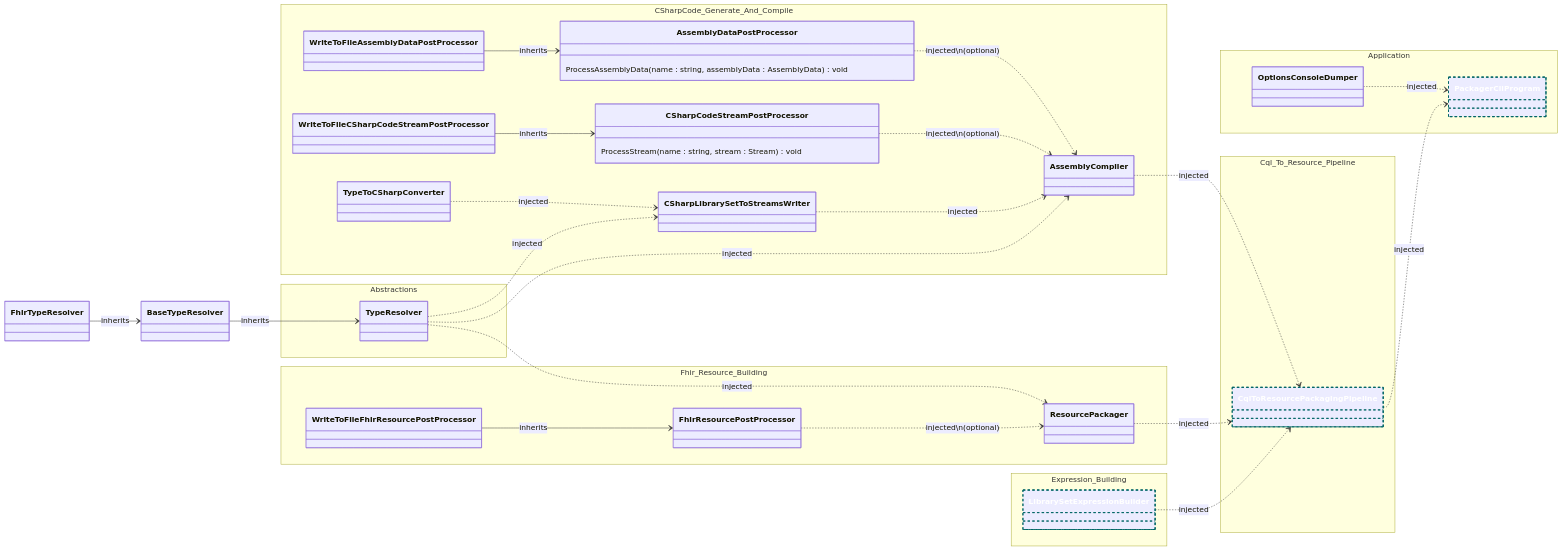
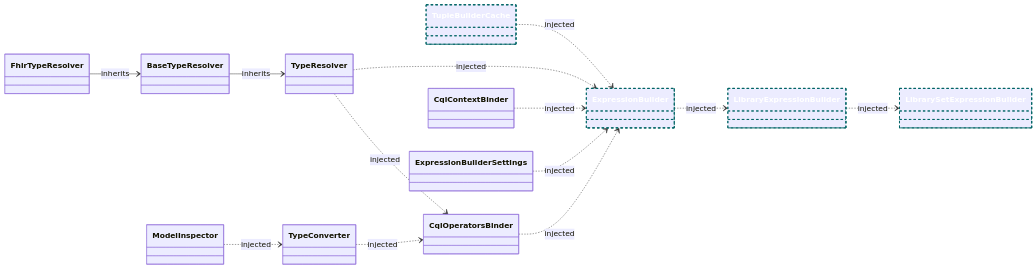
Before and after one commit to FirelyTeam/firely-cql-sdk: the first of 3 diagrams in docs/packager-cli-dependency-graph.md, drawn with Mermaid. The commit also changed other lines of this file and 1 other file, not shown here.

Commit message:
Update diagram

````diff
--- a/docs/packager-cli-dependency-graph.md
+++ b/docs/packager-cli-dependency-graph.md
@@ -13,105 +14,36 @@
 
     %% HACK: Mermaid doesnt support commas withing generic, so use a similar looking character (﹐)
 
-    namespace CSharpCode_Generate_And_Compile {
-        class AssemblyCompiler {
-%%            Compile(librarySet : LibrarySet,definitions : DefinitionDictionary~LambdaExpression~? = null) IDictionary~string, AssemblyData~
-        }
-
-        class TypeToCSharpConverter {
-        }
-
-        class CSharpLibrarySetToStreamsWriter {
-        }
-
-        class CSharpCodeStreamPostProcessor {
-            ProcessStream(name : string, stream : Stream) void
-        }
-
-        class WriteToFileCSharpCodeStreamPostProcessor {
-        }
-
-        class AssemblyDataPostProcessor {
-            ProcessAssemblyData(name : string, assemblyData : AssemblyData) void
-        }
-
-        class WriteToFileAssemblyDataPostProcessor {
-        }
-    }
-
-    namespace Fhir_Resource_Building {
-        class ResourcePackager {
-%%            PackageResources(elmDirectory : DirectoryInfo, cqlDirectory : DirectoryInfo, resourceCanonicalRootUrl : string? = null) IReadOnlyCollection~Resource~
-        }
-
-        class FhirResourcePostProcessor {
-%%            ProcessResource(resource : Resource) void
-        }
-
-        class WriteToFileFhirResourcePostProcessor {
-        }
-    }
-
-    namespace Cql_To_Resource_Pipeline {
-        class CqlToResourcePackagingPipeline {
-        }        
-    }
-
-    namespace Application {
-        class PackagerCliProgram {
-        }
-
-        class OptionsConsoleDumper {
-        }
-    }
-
-    namespace Abstractions {
-        class TypeResolver {
-        }
-    }
-
-    class BaseTypeResolver {
-    }
-
-    class FhirTypeResolver {
-    }
-
-    namespace Expression_Building {
-        class LibrarySetExpressionBuilder {
-        }
-    }
+    class LibrarySetExpressionBuilder{ }
+    class LibraryExpressionBuilder { }        
+    class ExpressionBuilder { }
+    class TupleBuilderCache { } 
 
     %% Style Scoped services
-    style CqlToResourcePackagingPipeline stroke:#066,stroke-width:2px,color:#fff,stroke-dasharray: 5 5
-    style PackagerCliProgram stroke:#066,stroke-width:2px,color:#fff,stroke-dasharray: 5 5
+    style TupleBuilderCache stroke:#066,stroke-width:2px,color:#fff,stroke-dasharray: 5 5
     style LibrarySetExpressionBuilder stroke:#066,stroke-width:2px,color:#fff,stroke-dasharray: 5 5
+    style LibraryExpressionBuilder stroke:#066,stroke-width:2px,color:#fff,stroke-dasharray: 5 5
+    style ExpressionBuilder stroke:#066,stroke-width:2px,color:#fff,stroke-dasharray: 5 5
 
     %% Inheritance  
 
     BaseTypeResolver --> TypeResolver : inherits
     FhirTypeResolver --> BaseTypeResolver : inherits
-    WriteToFileCSharpCodeStreamPostProcessor --> CSharpCodeStreamPostProcessor : inherits
-    WriteToFileAssemblyDataPostProcessor --> AssemblyDataPostProcessor : inherits
-    WriteToFileFhirResourcePostProcessor --> FhirResourcePostProcessor : inherits
 
     %% Injected Dependencies
 
-    TypeToCSharpConverter ..> CSharpLibrarySetToStreamsWriter : injected
+    LibraryExpressionBuilder ..> LibrarySetExpressionBuilder : injected
 
-    AssemblyDataPostProcessor ..> AssemblyCompiler : injected\n(optional)
-    CSharpCodeStreamPostProcessor ..> AssemblyCompiler : injected\n(optional)
-    CSharpLibrarySetToStreamsWriter ..> AssemblyCompiler : injected
-    TypeResolver ..> AssemblyCompiler : injected
-    
-    AssemblyCompiler ..> CqlToResourcePackagingPipeline : injected
-    ResourcePackager ..> CqlToResourcePackagingPipeline : injected 
-    LibrarySetExpressionBuilder ..> CqlToResourcePackagingPipeline : injected
-    
-    OptionsConsoleDumper ..> PackagerCliProgram : injected 
-    CqlToResourcePackagingPipeline ..> PackagerCliProgram : injected
-      
-    TypeResolver ..> ResourcePackager : injected
-    FhirResourcePostProcessor ..> ResourcePackager : injected\n(optional) 
-    
-    TypeResolver ..> CSharpLibrarySetToStreamsWriter : injected
+    ExpressionBuilder ..> LibraryExpressionBuilder : injected
+
+    CqlOperatorsBinder ..> ExpressionBuilder : injected
+    TupleBuilderCache ..> ExpressionBuilder : injected
+    TypeResolver ..> ExpressionBuilder : injected
+    CqlContextBinder ..> ExpressionBuilder : injected
+    ExpressionBuilderSettings ..> ExpressionBuilder : injected
+
+    TypeResolver ..> CqlOperatorsBinder : injected
+    TypeConverter ..> CqlOperatorsBinder : injected
+
+    ModelInspector ..> TypeConverter : injected  
 ```
````
